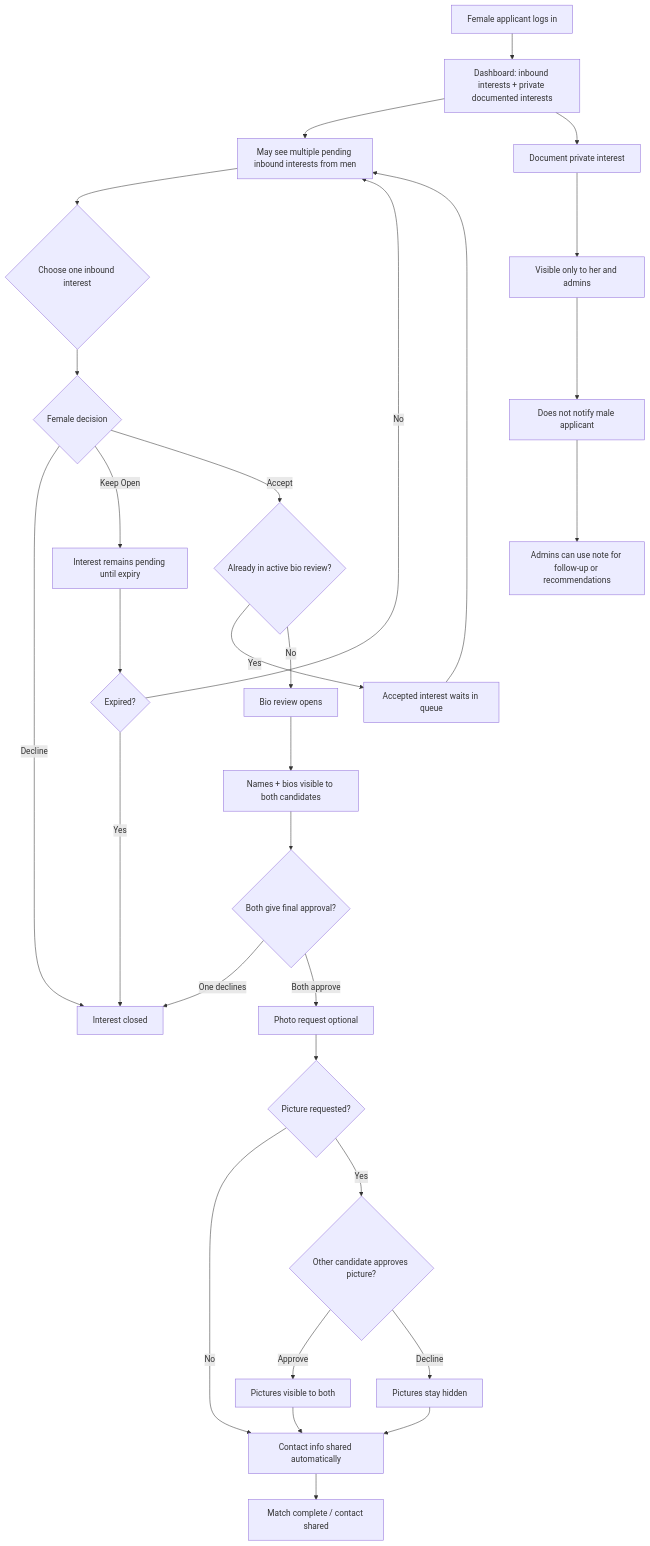
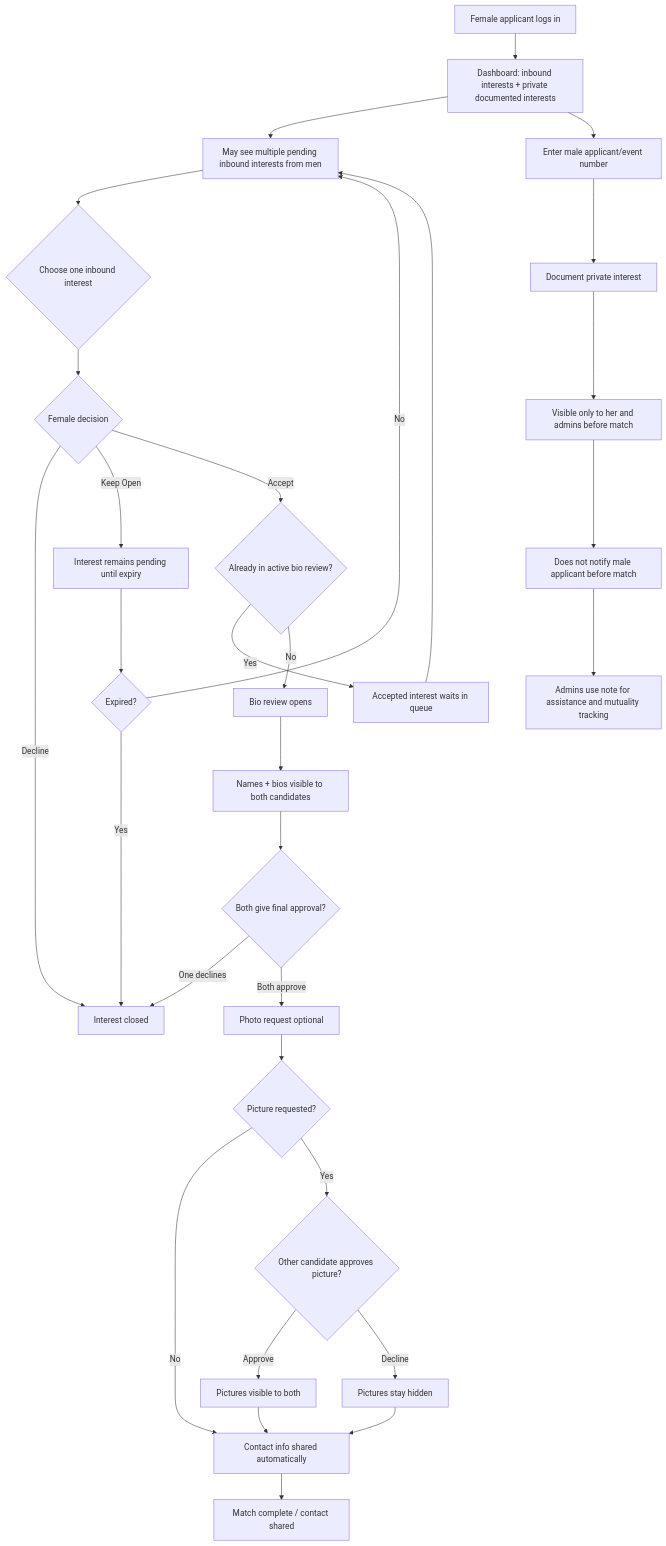
One commit to moeghashim/taaruf changed the second of 2 diagrams in docs/interest-management-flow-graph.md. Above: the diagram before and after it, drawn with Mermaid. The commit also changed other lines of this file and 3 other files, not shown here.

Commit message:
Clarify number-based interest visibility

````diff
--- a/docs/interest-management-flow-graph.md
+++ b/docs/interest-management-flow-graph.md
@@ -40,38 +40,39 @@
 ```mermaid
 flowchart TD
   A["Female applicant logs in"] --> B["Dashboard: inbound interests + private documented interests"]
   B --> C["May see multiple pending inbound interests from men"]
   C --> D{"Choose one inbound interest"}
   D --> E{"Female decision"}
 
   E -->|Decline| F["Interest closed"]
   E -->|Keep Open| G["Interest remains pending until expiry"]
   G --> H{"Expired?"}
   H -->|No| C
   H -->|Yes| F
 
   E -->|Accept| I{"Already in active bio review?"}
   I -->|Yes| J["Accepted interest waits in queue"]
   J --> C
   I -->|No| K["Bio review opens"]
 
   K --> L["Names + bios visible to both candidates"]
   L --> M{"Both give final approval?"}
   M -->|One declines| F
   M -->|Both approve| N["Photo request optional"]
 
   N --> O{"Picture requested?"}
   O -->|No| P["Contact info shared automatically"]
   O -->|Yes| Q{"Other candidate approves picture?"}
   Q -->|Approve| R["Pictures visible to both"]
   R --> P
   Q -->|Decline| S["Pictures stay hidden"]
   S --> P
 
-  B --> U["Document private interest"]
-  U --> V["Visible only to her and admins"]
-  V --> W["Does not notify male applicant"]
-  W --> X["Admins can use note for follow-up or recommendations"]
+  B --> U["Enter male applicant/event number"]
+  U --> V["Document private interest"]
+  V --> W["Visible only to her and admins before match"]
+  W --> X["Does not notify male applicant before match"]
+  X --> Z["Admins use note for assistance and mutuality tracking"]
 
   P --> Y["Match complete / contact shared"]
 ```
````
